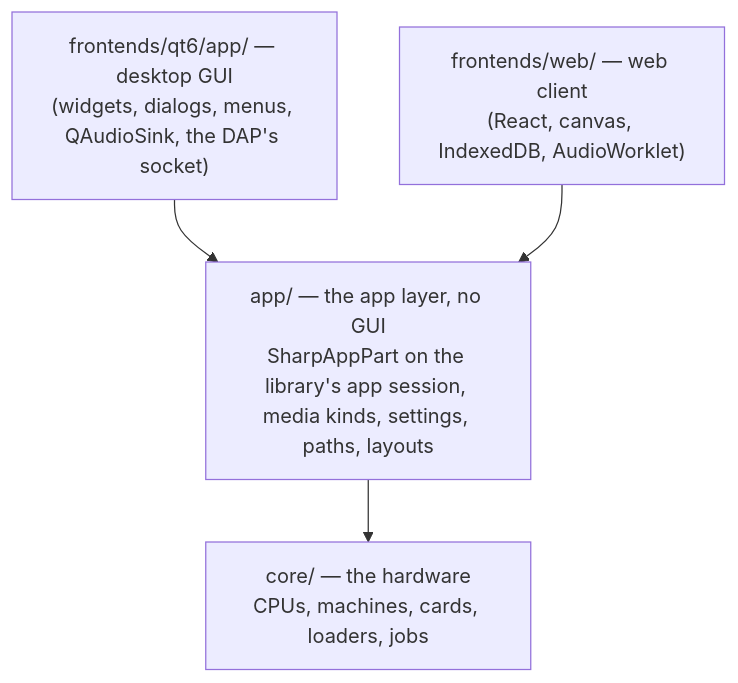
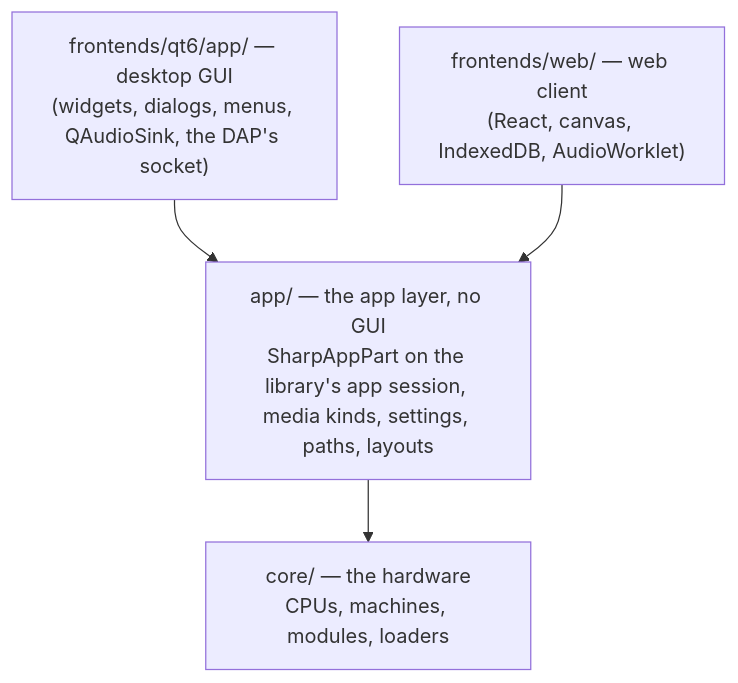
One commit to tinue/calc-u changed the diagram in products/calc-u-1600/docs/developer/App-Layer.md. Above: the diagram before and after it, drawn with Mermaid. The commit also changed other lines of this file and 18 other files, not shown here.

````diff
--- a/products/calc-u-1600/docs/developer/App-Layer.md
+++ b/products/calc-u-1600/docs/developer/App-Layer.md
@@ -7,10 +7,10 @@
 ```mermaid
 flowchart TB
     Qt["frontends/qt6/app/ — desktop GUI<br/>(widgets, dialogs, menus, QAudioSink, the DAP's socket)"]
     Web["frontends/web/ — web client<br/>(React, canvas, IndexedDB, AudioWorklet)"]
     App["app/ — the app layer, no GUI<br/>SharpAppPart on the library's app session, media kinds, settings, paths, layouts"]
-    Core["core/ — the hardware<br/>CPUs, machines, cards, loaders, jobs"]
+    Core["core/ — the hardware<br/>CPUs, machines, modules, loaders"]
     Qt --> App
     Web --> App
     App --> Core
 ```
````
